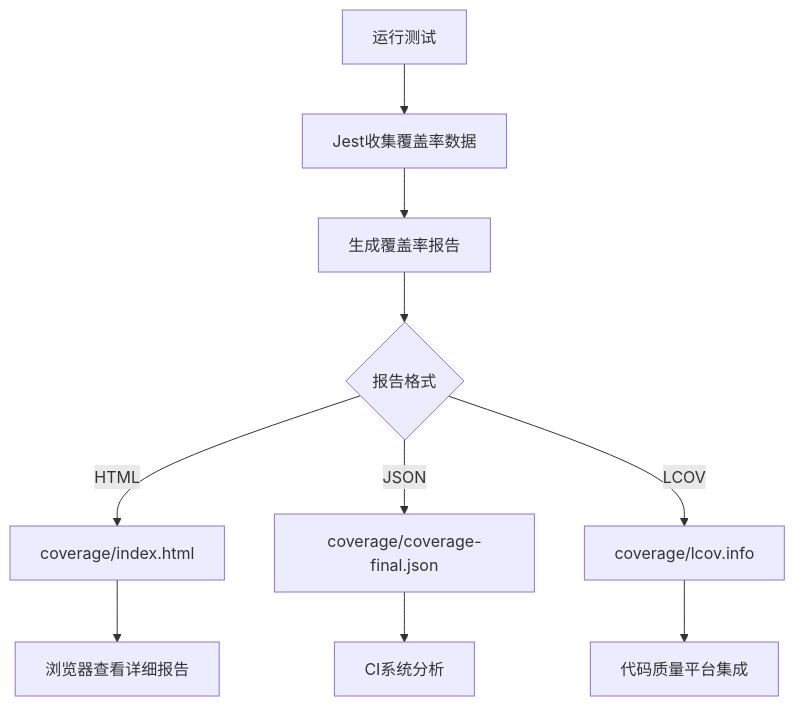
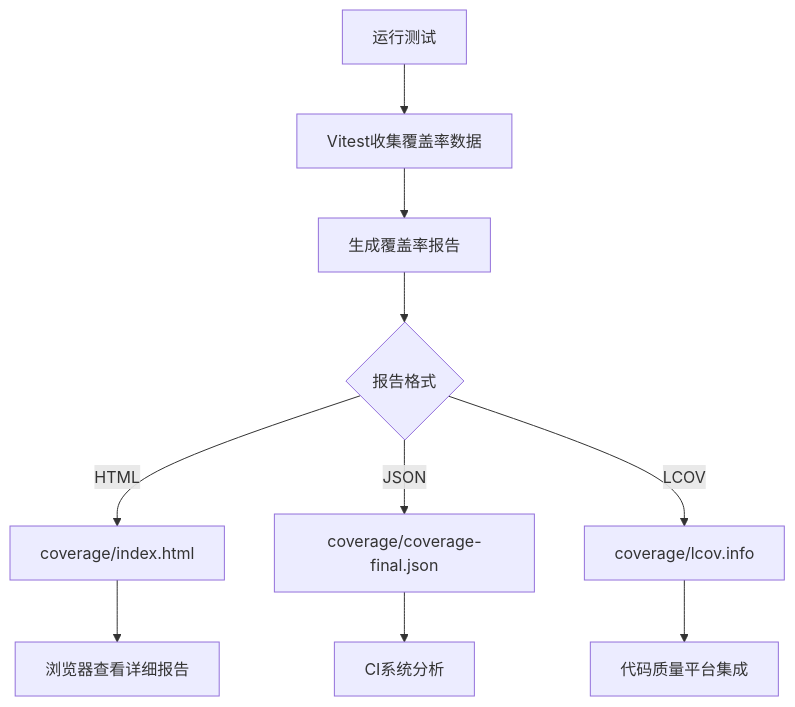
Before and after one commit to fengerzh/react-vscode-template: the tenth of 11 diagrams in .qoder/repowiki/zh/content/测试策略/单元测试.md, drawn with Mermaid. The commit also changed other lines of this file and 15 other files, not shown here.

````diff
--- a/.qoder/repowiki/zh/content/测试策略/单元测试.md
+++ b/.qoder/repowiki/zh/content/测试策略/单元测试.md
@@ -360,12 +384,12 @@
 ```mermaid
 flowchart TD
-A[运行测试] --> B[Jest收集覆盖率数据]
+A[运行测试] --> B[Vitest收集覆盖率数据]
 B --> C[生成覆盖率报告]
 C --> D{报告格式}
 D --> |HTML| E[coverage/index.html]
 D --> |JSON| F[coverage/coverage-final.json]
 D --> |LCOV| G[coverage/lcov.info]
 E --> H[浏览器查看详细报告]
 F --> I[CI系统分析]
 G --> J[代码质量平台集成]
 ```
````
